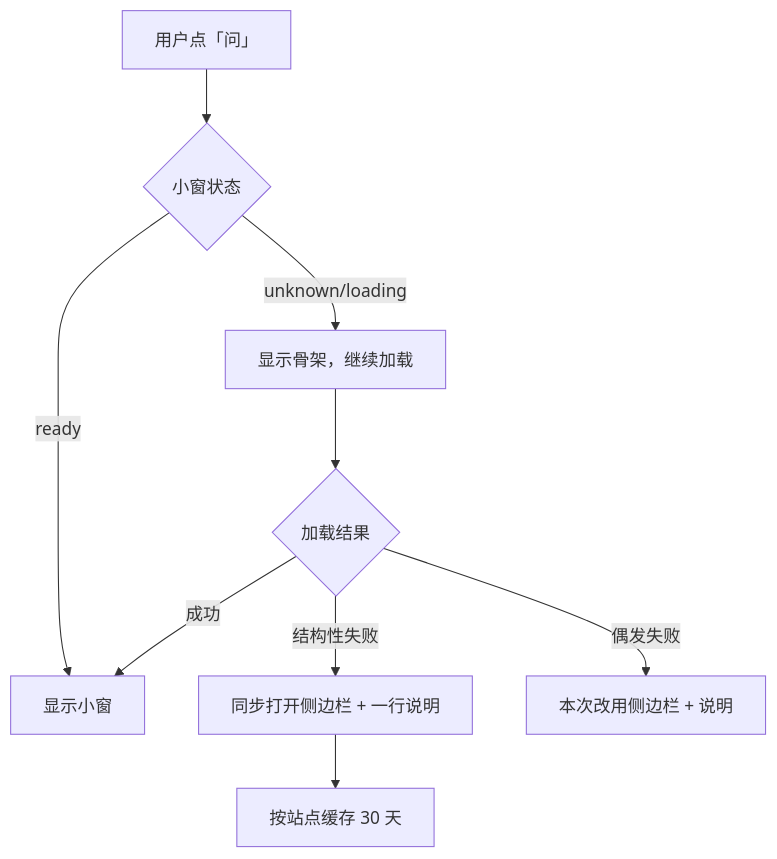
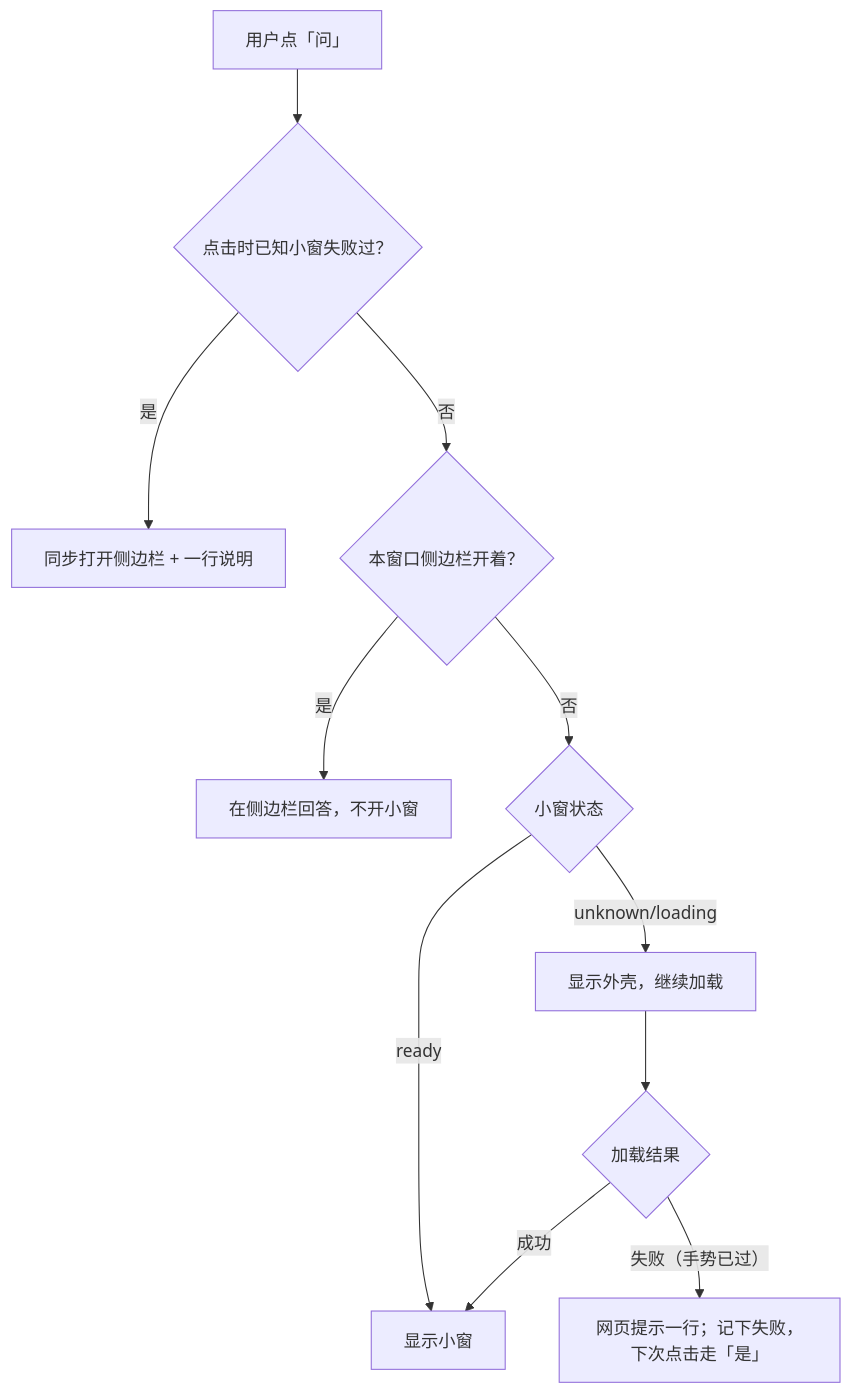
One commit to Silver2Yv/edgePlugin changed the third of 3 diagrams in docs/架构设计/ARCHITECTURE.md. Above: the diagram before and after it, drawn with Mermaid. The commit also changed other lines of this file and 12 other files, not shown here.

````diff
--- a/docs/架构设计/ARCHITECTURE.md
+++ b/docs/架构设计/ARCHITECTURE.md
@@ -538,9 +545,12 @@
 ```mermaid
 flowchart TD
-  A["用户点「问」"] --> B{"小窗状态"}
-  B -- ready --> C["显示小窗"]
-  B -- unknown/loading --> D["显示骨架，继续加载"] --> E{"加载结果"}
-  E -- 成功 --> C
-  E -- 结构性失败 --> F["同步打开侧边栏 + 一行说明"] --> G["按站点缓存 30 天"]
-  E -- 偶发失败 --> H["本次改用侧边栏 + 说明"]
+  A["用户点「问」"] --> B{"点击时已知小窗失败过？"}
+  B -- 是 --> F["同步打开侧边栏 + 一行说明"]
+  B -- 否 --> P{"本窗口侧边栏开着？"}
+  P -- 是 --> S["在侧边栏回答，不开小窗"]
+  P -- 否 --> C{"小窗状态"}
+  C -- ready --> D["显示小窗"]
+  C -- unknown/loading --> E["显示外壳，继续加载"] --> G{"加载结果"}
+  G -- 成功 --> D
+  G -- "失败（手势已过）" --> H["网页提示一行；记下失败，下次点击走「是」"]
 ```
````
